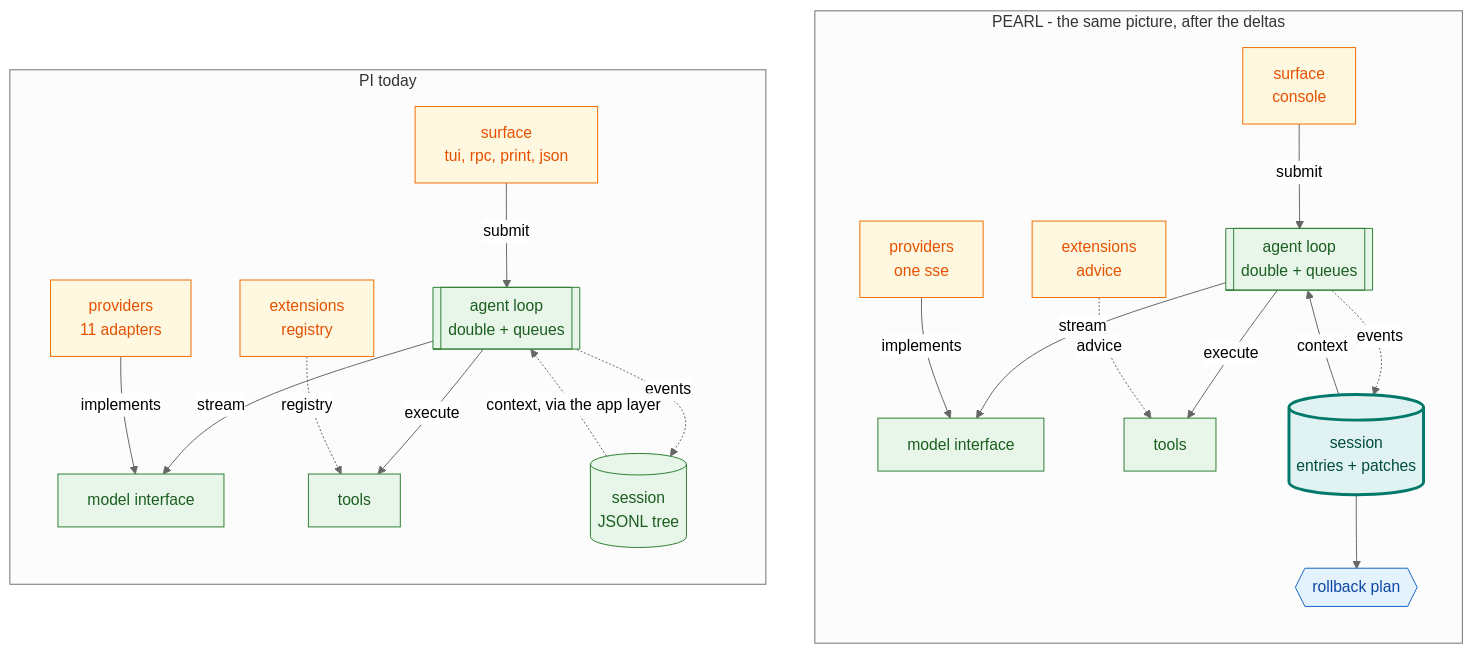
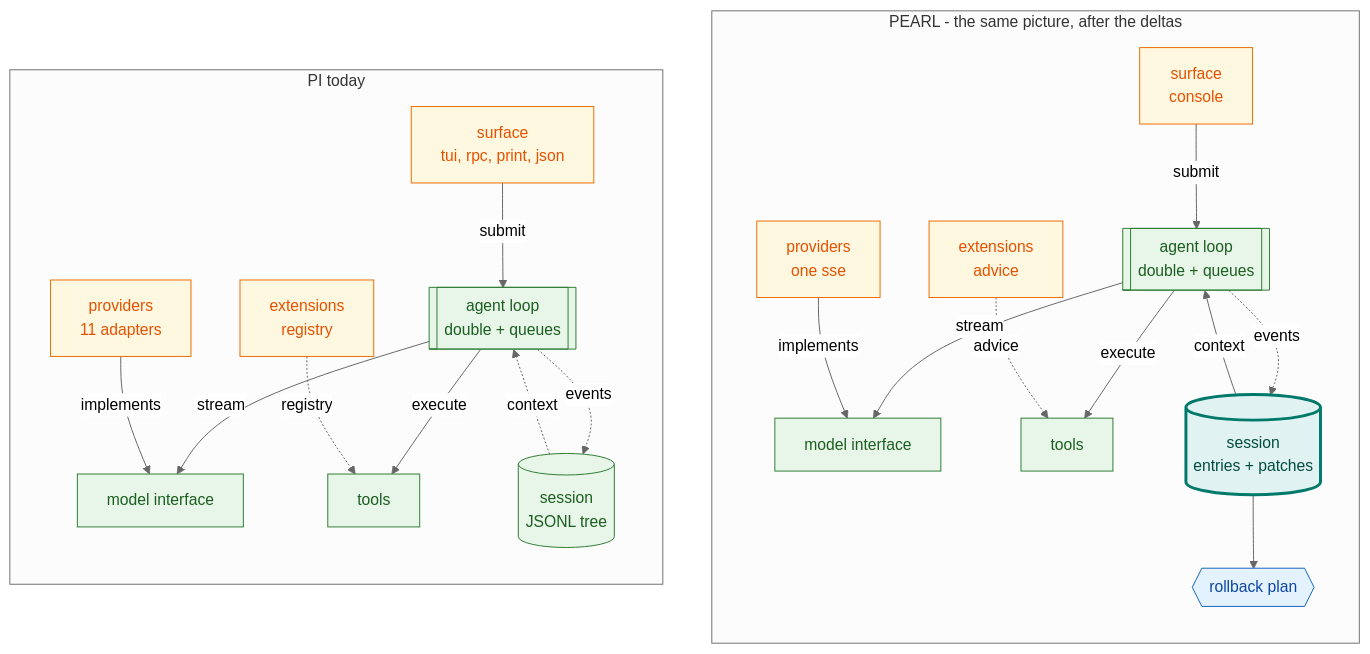
Before and after one commit to OverbearingPearl/pearl: the diagram in README.md, drawn with Mermaid (neutral theme). The commit also changed other lines of this file, not shown here.

First line of the commit message:
Shorten the context label so both halves line up

````diff
--- a/README.md
+++ b/README.md
@@ -50,33 +50,33 @@
 ```mermaid
 flowchart TB
   subgraph R["PEARL - the same picture, after the deltas"]
     direction TB
     r_surf["surface<br/>console"] -->|submit| r_loop[["agent loop<br/>double + queues"]]
     r_loop -->|stream| r_model["model interface"]
     r_loop -->|execute| r_tools["tools"]
     r_loop -.->|events| r_sess[("session<br/>entries + patches")]
     r_sess -->|context| r_loop
     r_sess --> r_plan{{"rollback plan"}}
     r_ext["extensions<br/>advice"] -.->|advice| r_tools
     r_prov["providers<br/>one sse"] -->|implements| r_model
   end
   subgraph L["PI today"]
     direction TB
     l_surf["surface<br/>tui, rpc, print, json"] -->|submit| l_loop[["agent loop<br/>double + queues"]]
     l_loop -->|stream| l_model["model interface"]
     l_loop -->|execute| l_tools["tools"]
     l_loop -.->|events| l_sess[("session<br/>JSONL tree")]
-    l_sess -.->|"context, via the app layer"| l_loop
+    l_sess -.->|context| l_loop
     l_ext["extensions<br/>registry"] -.->|registry| l_tools
     l_prov["providers<br/>11 adapters"] -->|implements| l_model
   end
   classDef keep fill:#e8f5e9,stroke:#2e7d32,color:#1b5e20
   classDef moved fill:#e0f2f1,stroke:#00796b,color:#004d40,stroke-width:3px
   classDef added fill:#e3f2fd,stroke:#1565c0,color:#0d47a1
   classDef changed fill:#fff8e1,stroke:#ef6c00,color:#e65100
   class l_loop,l_model,l_tools,l_sess,r_loop,r_model,r_tools keep
   class l_surf,l_ext,l_prov changed
   class r_surf,r_ext,r_prov changed
   class r_sess moved
   class r_plan added
 ```
````
